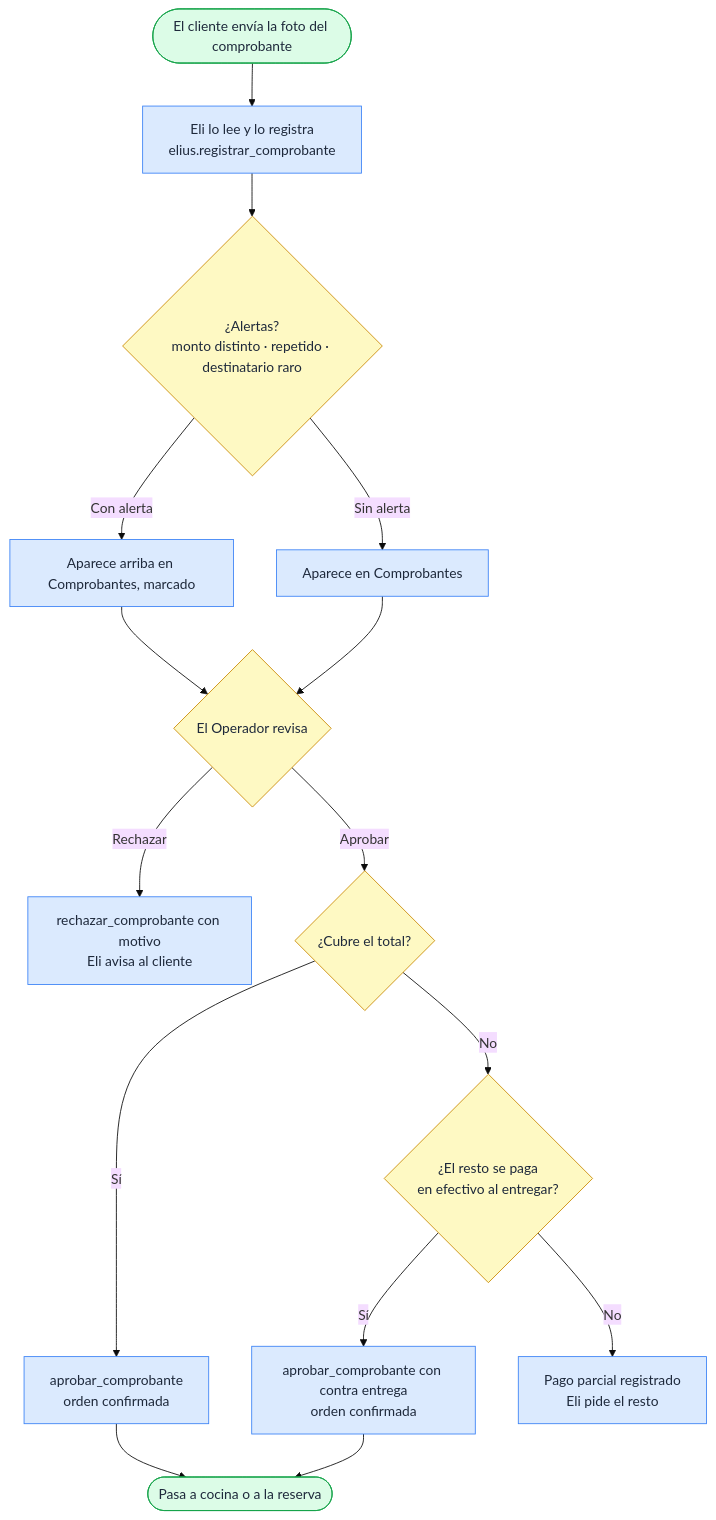
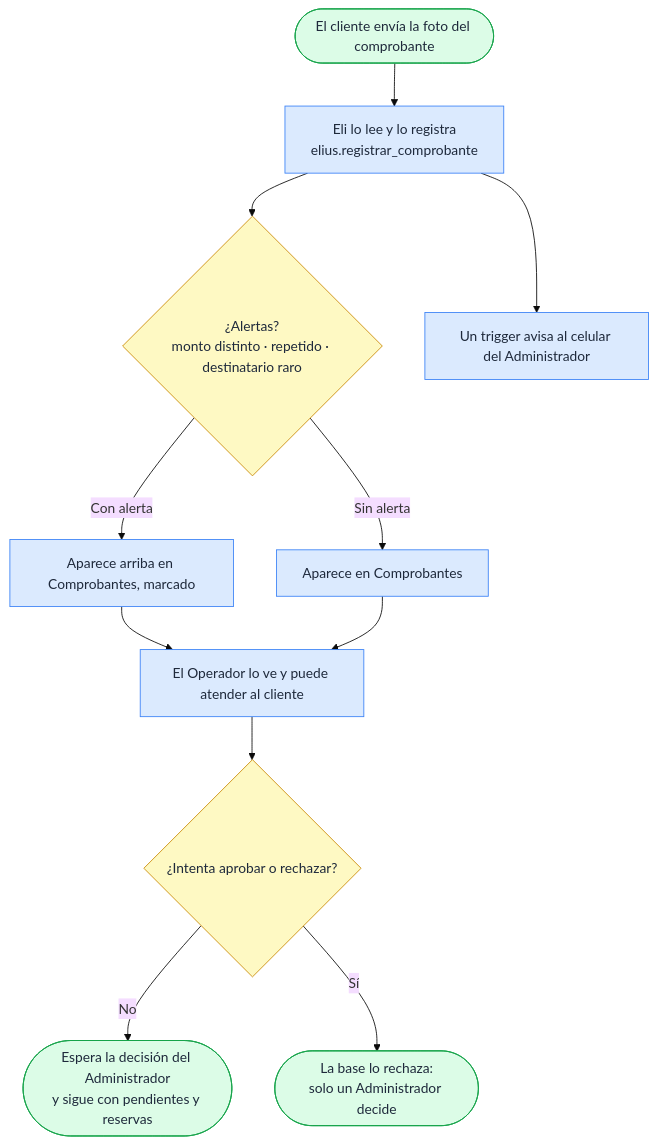
Before and after one commit to svzapatac/Elius: the second of 4 diagrams in docs/03_flujos_usuario/03_panel_operador.md, drawn with Mermaid (base theme). The commit also changed other lines of this file and 56 other files, not shown here.

````diff
--- a/docs/03_flujos_usuario/03_panel_operador.md
+++ b/docs/03_flujos_usuario/03_panel_operador.md
@@ -26,22 +26,18 @@
 ```mermaid
 flowchart TD
   A([El cliente envía la foto del comprobante]) --> B[Eli lo lee y lo registra<br/>elius.registrar_comprobante]
   B --> C{¿Alertas?<br/>monto distinto · repetido · destinatario raro}
   C -- Con alerta --> D[Aparece arriba en Comprobantes, marcado]
   C -- Sin alerta --> E[Aparece en Comprobantes]
-  D --> F{El Operador revisa}
+  B --> N[Un trigger avisa al celular del Administrador]
+  D --> F[El Operador lo ve y puede atender al cliente]
   E --> F
-  F -- Rechazar --> G[rechazar_comprobante con motivo<br/>Eli avisa al cliente]
-  F -- Aprobar --> H{¿Cubre el total?}
-  H -- Sí --> I[aprobar_comprobante<br/>orden confirmada]
-  H -- No --> J{¿El resto se paga<br/>en efectivo al entregar?}
-  J -- Sí --> K[aprobar_comprobante con contra entrega<br/>orden confirmada]
-  J -- No --> L[Pago parcial registrado<br/>Eli pide el resto]
-  I --> M([Pasa a cocina o a la reserva])
-  K --> M
+  F --> G{¿Intenta aprobar o rechazar?}
+  G -- No --> H([Espera la decisión del Administrador<br/>y sigue con pendientes y reservas])
+  G -- Sí --> X([La base lo rechaza:<br/>solo un Administrador decide])
   classDef default fill:#dbeafe,stroke:#3b82f6,color:#1e293b
   classDef dec fill:#fef9c3,stroke:#ca8a04,color:#1e293b
   classDef ok fill:#dcfce7,stroke:#16a34a,color:#1e293b
-  class C,F,H,J dec
-  class A,M ok
+  class C,G dec
+  class A,H,X ok
 ```
````
